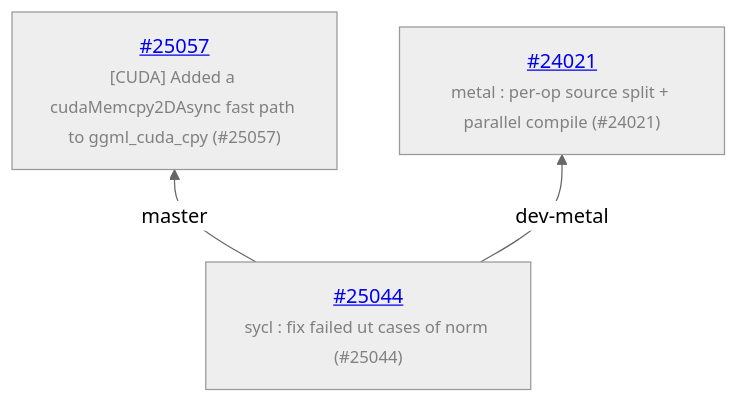
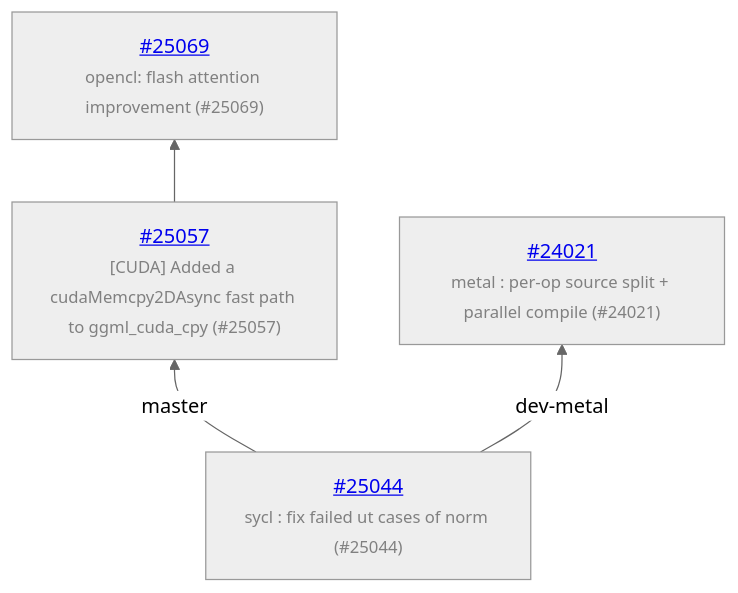
One commit to ggml-org/llama.cpp-dev changed the diagram in README.md. Above: the diagram before and after it, drawn with Mermaid (neutral theme). The commit also changed other lines of this file and 1 other file, not shown here.

Commit message:
auto: update

````diff
--- a/README.md
+++ b/README.md
@@ -13,8 +13,10 @@
 ```mermaid
 graph BT
     COMMON["<a href='https://github.com/ggml-org/llama.cpp/pull/25044'>#25044</a><br/><span style='font-size:smaller;color:gray'>sycl : fix failed ut cases of norm (#25044)</span>"]
     COMMON -->|master| C_0ed235e
     C_0ed235e["<a href='https://github.com/ggml-org/llama.cpp/pull/25057'>#25057</a><br/><span style='font-size:smaller;color:gray'>[CUDA] Added a cudaMemcpy2DAsync fast path to ggml_cuda_cpy (#25057)</span>"]
+    C_0ed235e --> C_ebd048f
+    C_ebd048f["<a href='https://github.com/ggml-org/llama.cpp/pull/25069'>#25069</a><br/><span style='font-size:smaller;color:gray'>opencl: flash attention improvement (#25069)</span>"]
     COMMON -->|dev-metal| C_f7c1df6
     C_f7c1df6["<a href='https://github.com/ggml-org/llama.cpp/pull/24021'>#24021</a><br/><span style='font-size:smaller;color:gray'>metal : per-op source split + parallel compile (#24021)</span>"]
 ```
````
